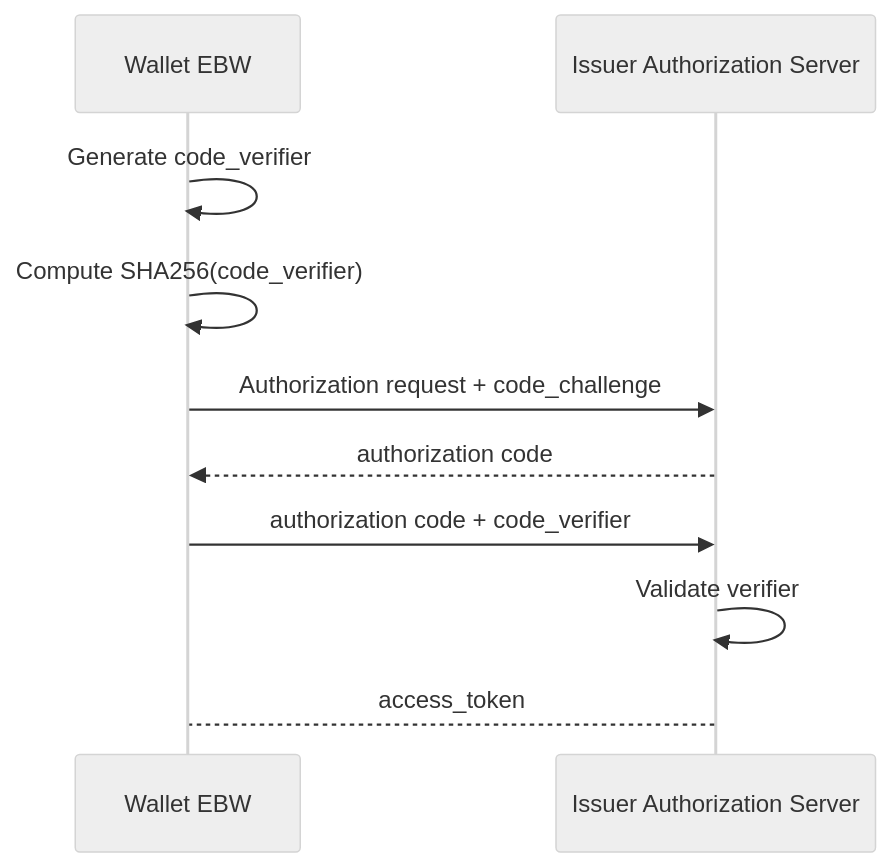
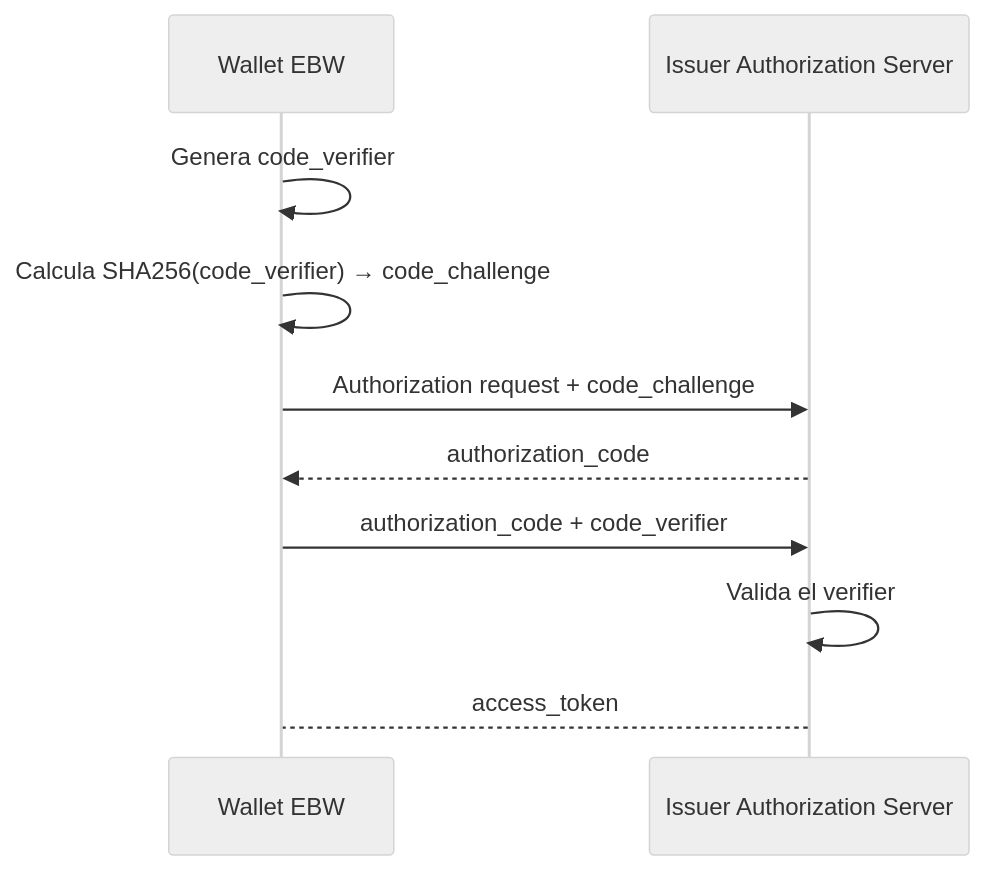
The first of 2 diagrams in docs/developers/concepts/dpop-pkce.md (in2workspace/eudistack-docs), drawn with Mermaid (neutral theme) before and after one commit. The commit also changed other lines of this file and 22 other files, not shown here.

````diff
--- a/docs/developers/concepts/dpop-pkce.md
+++ b/docs/developers/concepts/dpop-pkce.md
@@ -26,16 +27,16 @@
-```mermaid
-sequenceDiagram
-    participant W as Wallet EBW
-    participant I as Issuer Authorization Server
-    
-    W->>W: Generate code_verifier
-    W->>W: Compute SHA256(code_verifier)
-    
-    W->>I: Authorization request + code_challenge
-    I-->>W: authorization code
-    
-    W->>I: authorization code + code_verifier
-    I->>I: Validate verifier
-    
-    I-->W: access_token
-```
+    ```mermaid
+    sequenceDiagram
+        participant W as Wallet EBW
+        participant I as Issuer Authorization Server
+
+        W->>W: Genera code_verifier
+        W->>W: Calcula SHA256(code_verifier) → code_challenge
+
+        W->>I: Authorization request + code_challenge
+        I-->>W: authorization_code
+
+        W->>I: authorization_code + code_verifier
+        I->>I: Valida el verifier
+
+        I-->W: access_token
+    ```
````
